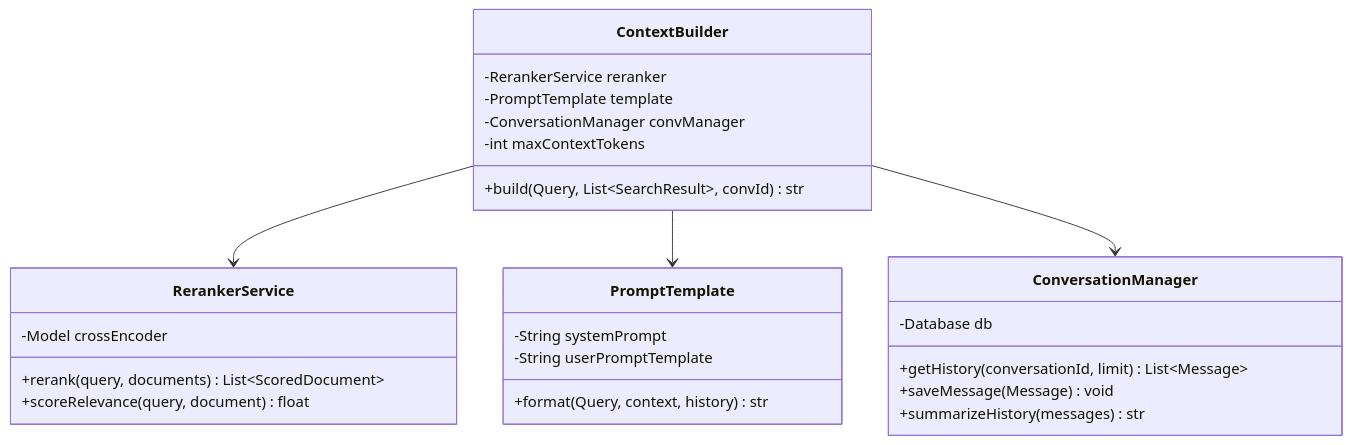
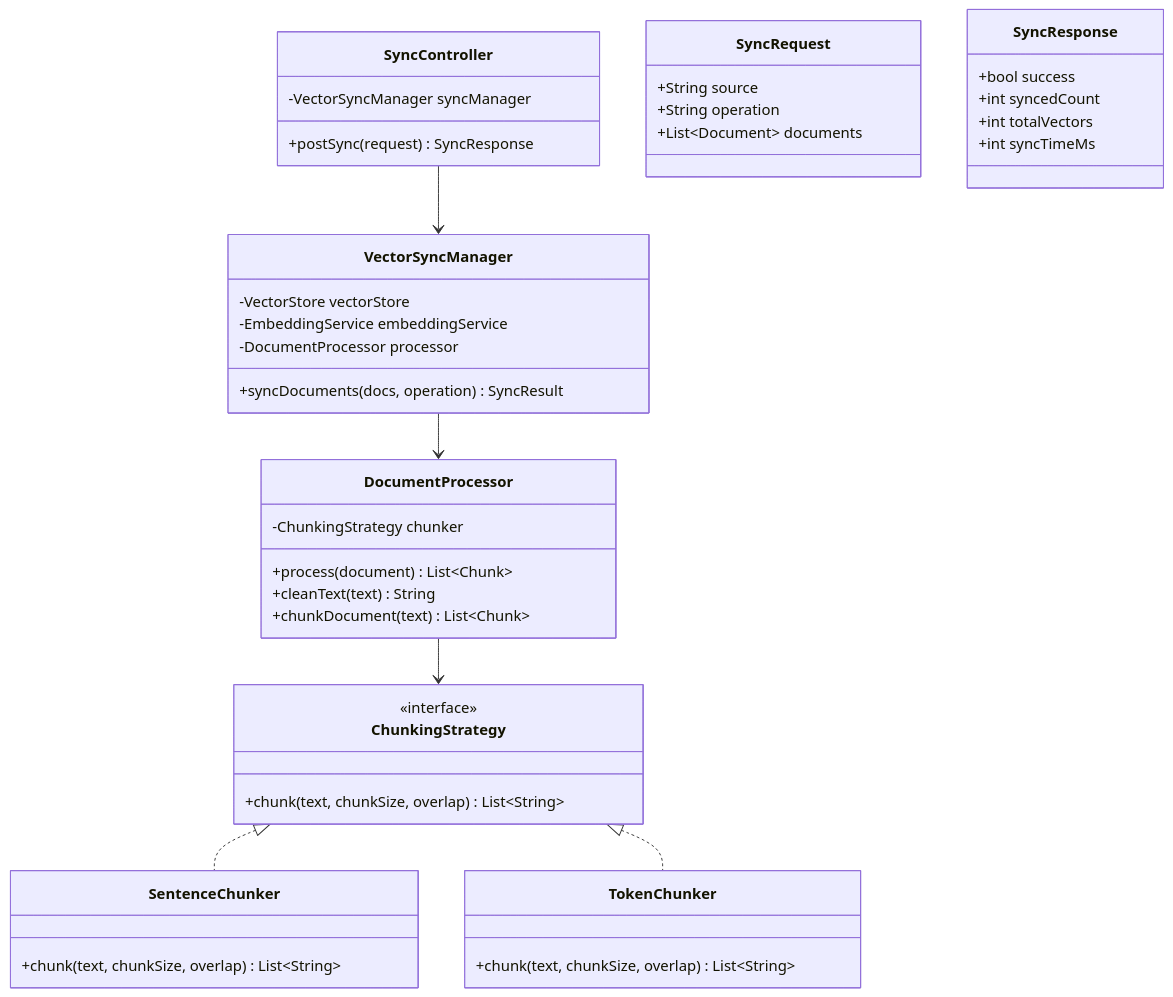
One commit to tvanle/Module2-HTTM changed the ninth of 13 diagrams in README.md. Above: the diagram before and after it, drawn with Mermaid. The commit also changed other lines of this file, not shown here.

````diff
--- a/README.md
+++ b/README.md
@@ -457,33 +583,53 @@
 ```mermaid
 classDiagram
-    class ContextBuilder {
-        -RerankerService reranker
-        -PromptTemplate template
-        -ConversationManager convManager
-        -int maxContextTokens
-        +build(Query, List~SearchResult~, convId) str
+    class SyncController {
+        -VectorSyncManager syncManager
+        +postSync(request) SyncResponse
     }
 
-    class RerankerService {
-        -Model crossEncoder
-        +rerank(query, documents) List~ScoredDocument~
-        +scoreRelevance(query, document) float
+    class VectorSyncManager {
+        -VectorStore vectorStore
+        -EmbeddingService embeddingService
+        -DocumentProcessor processor
+        +syncDocuments(docs, operation) SyncResult
     }
 
-    class PromptTemplate {
-        -String systemPrompt
-        -String userPromptTemplate
-        +format(Query, context, history) str
+    class SyncRequest {
+        +String source
+        +String operation
+        +List~Document~ documents
     }
 
-    class ConversationManager {
-        -Database db
-        +getHistory(conversationId, limit) List~Message~
-        +saveMessage(Message) void
-        +summarizeHistory(messages) str
+    class SyncResponse {
+        +bool success
+        +int syncedCount
+        +int totalVectors
+        +int syncTimeMs
     }
 
-    ContextBuilder --> RerankerService
-    ContextBuilder --> PromptTemplate
-    ContextBuilder --> ConversationManager
+    class DocumentProcessor {
+        -ChunkingStrategy chunker
+        +process(document) List~Chunk~
+        +cleanText(text) String
+        +chunkDocument(text) List~Chunk~
+    }
+
+    class ChunkingStrategy {
+        <<interface>>
+        +chunk(text, chunkSize, overlap) List~String~
+    }
+
+    class SentenceChunker {
+        +chunk(text, chunkSize, overlap) List~String~
+    }
+
+    class TokenChunker {
+        +chunk(text, chunkSize, overlap) List~String~
+    }
+
+    SyncController --> VectorSyncManager
+    VectorSyncManager --> DocumentProcessor
+    DocumentProcessor --> ChunkingStrategy
+    ChunkingStrategy <|.. SentenceChunker
+    ChunkingStrategy <|.. TokenChunker
 ```
````
